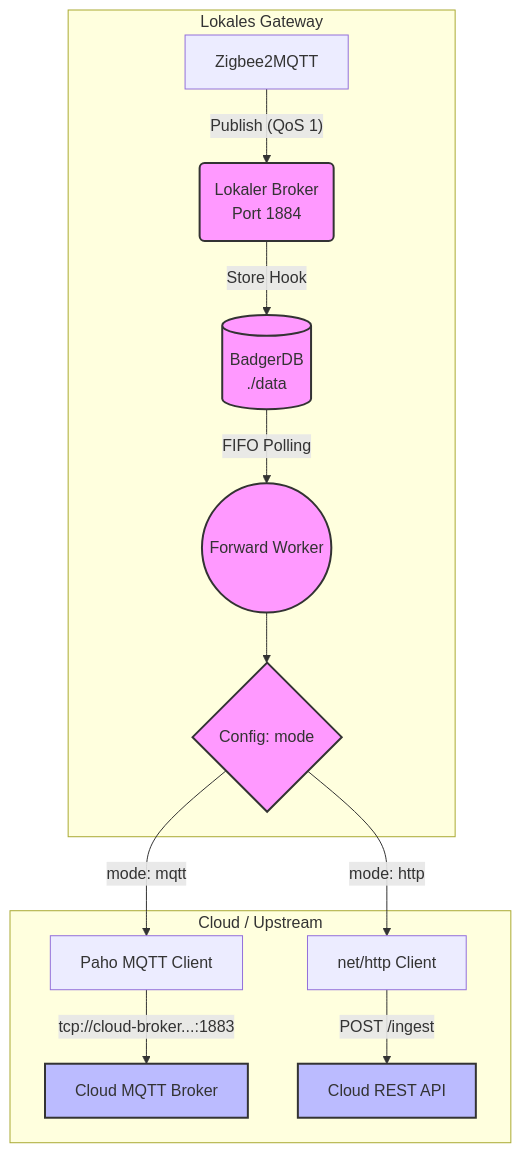
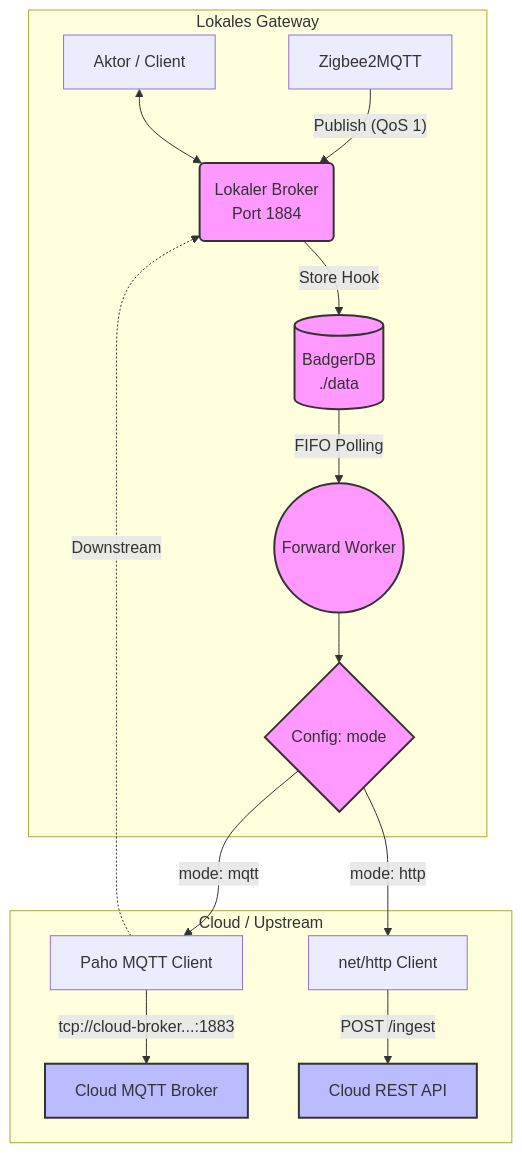
The diagram in docs/configuration.md (mlechner911/mlc2afmqttproxy), drawn with Mermaid before and after one commit. The commit also changed other lines of this file and 10 other files, not shown here.

````diff
--- a/docs/configuration.md
+++ b/docs/configuration.md
@@ -100,22 +110,24 @@
 ```mermaid
 graph TD
     subgraph Lokales Gateway
         Z[Zigbee2MQTT] -- "Publish (QoS 1)" --> M(Lokaler Broker\nPort 1884)
+        A[Aktor / Client] <--> M
         M -- "Store Hook" --> DB[(BadgerDB\n./data)]
         DB -- "FIFO Polling" --> W((Forward Worker))
         W --> C{Config: mode}
     end
 
     subgraph Cloud / Upstream
         C -- "mode: mqtt" --> F_MQTT[Paho MQTT Client]
+        F_MQTT -. "Downstream" .-> M
         F_MQTT -- "tcp://cloud-broker...:1883" --> CB[Cloud MQTT Broker]
         
         C -- "mode: http" --> F_HTTP[net/http Client]
         F_HTTP -- "POST /ingest" --> API[Cloud REST API]
     end
     
     classDef internal fill:#f9f,stroke:#333,stroke-width:2px;
     classDef external fill:#bbf,stroke:#333,stroke-width:2px;
     class M,DB,W,C internal;
     class CB,API external;
 ```
````
